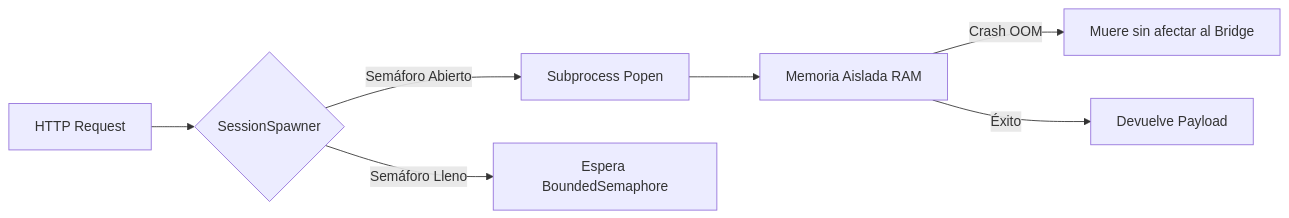
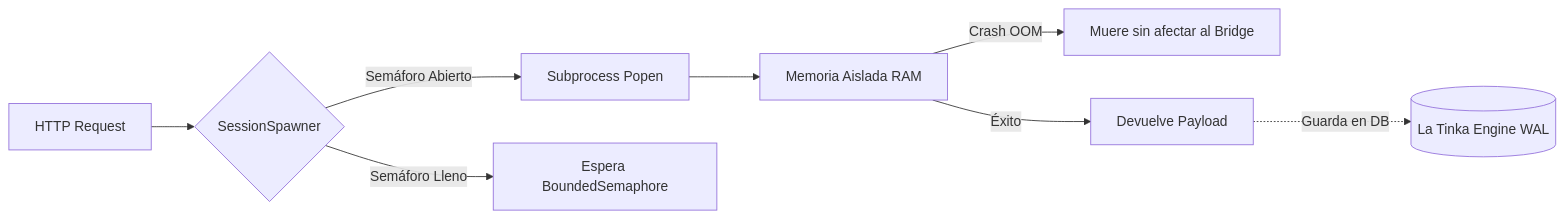
The diagram in wiki/1-Motor-Nuclear.md (DarckRovert/Gravity_AI_bridge), drawn with Mermaid before and after one commit. The commit also changed 1 other file, not shown here.

Commit message:
chore: Gravity AI Bridge V16.6 PRO [Diamond-Tier] - estabilizado 2026-06-28  7:40

````diff
--- a/wiki/1-Motor-Nuclear.md
+++ b/wiki/1-Motor-Nuclear.md
@@ -11,10 +11,11 @@
 ```mermaid
 flowchart LR
     Request[HTTP Request] --> Spawner{SessionSpawner}
     Spawner -->|Semáforo Abierto| Popen[Subprocess Popen]
     Spawner -->|Semáforo Lleno| Wait[Espera BoundedSemaphore]
     
     Popen --> Aislado[Memoria Aislada RAM]
     Aislado -->|Crash OOM| Clean[Muere sin afectar al Bridge]
     Aislado -->|Éxito| Response[Devuelve Payload]
+    Response -.->|Guarda en DB| Tinka[(La Tinka Engine WAL)]
 ```
````
